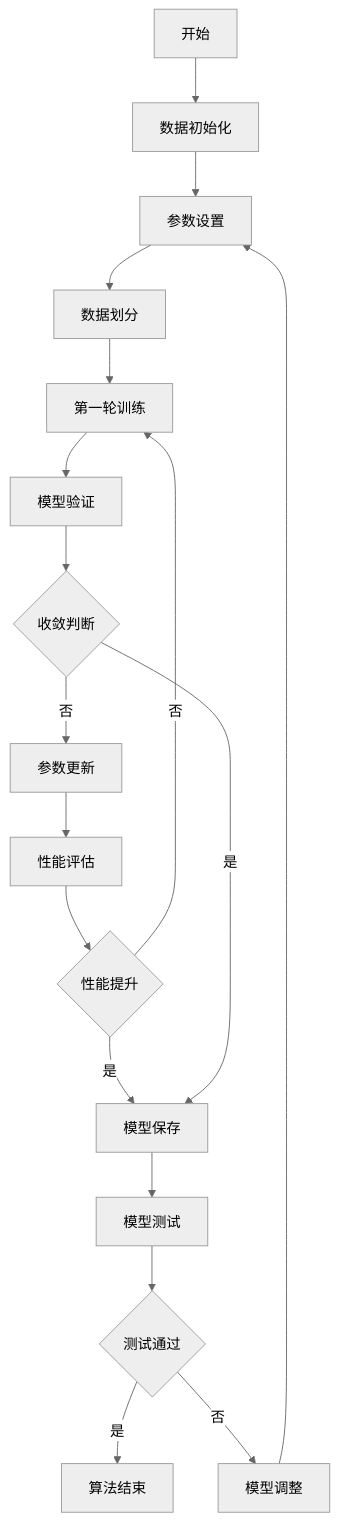
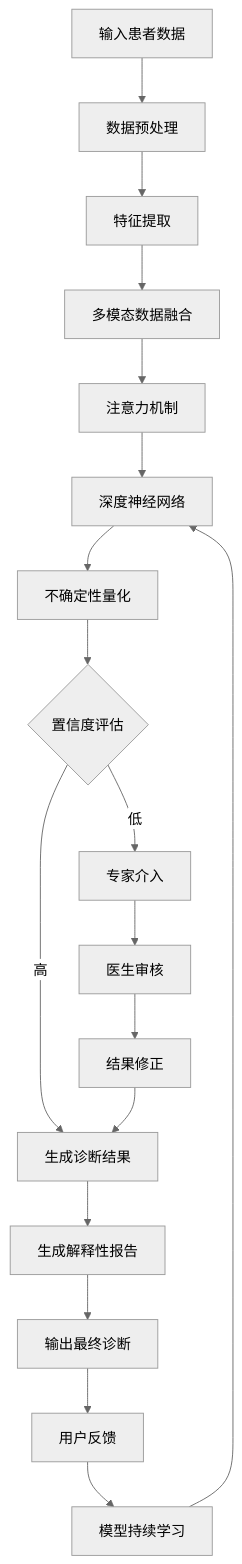
Before and after one commit to valkryhx/patent_agents: the third of 3 diagrams in output/progress/以证据图增强的rag系统_ada191f4/07_drawings.md, drawn with Mermaid (neutral theme). The commit also changed other lines of this file and 1 other file, not shown here.

Commit message:
Update system architecture, data flow, and core algorithm diagrams

````diff
--- a/output/progress/以证据图增强的rag系统_ada191f4/07_drawings.md
+++ b/output/progress/以证据图增强的rag系统_ada191f4/07_drawings.md
@@ -55,20 +107,20 @@
 ```mermaid
-graph TD
-    A[开始] --> B[数据初始化]
-    B --> C[参数设置]
-    C --> D[数据划分]
-    D --> E[第一轮训练]
-    E --> F[模型验证]
-    F --> G{收敛判断}
-    G -->|否| H[参数更新]
-    H --> I[性能评估]
-    I --> J{性能提升}
-    J -->|是| K[模型保存]
-    J -->|否| E
-    G -->|是| K
-    K --> L[模型测试]
-    L --> M{测试通过}
-    M -->|是| N[算法结束]
-    M -->|否| O[模型调整]
-    O --> C
+flowchart TB
+    A[输入患者数据] --> B[数据预处理]
+    B --> C[特征提取]
+    C --> D[多模态数据融合]
+    D --> E[注意力机制]
+    E --> F[深度神经网络]
+    F --> G[不确定性量化]
+    G --> H{置信度评估}
+    H -->|高| I[生成诊断结果]
+    H -->|低| J[专家介入]
+    J --> K[医生审核]
+    K --> L[结果修正]
+    L --> I
+    I --> M[生成解释性报告]
+    M --> N[输出最终诊断]
+    N --> O[用户反馈]
+    O --> P[模型持续学习]
+    P --> F
 ```
````
